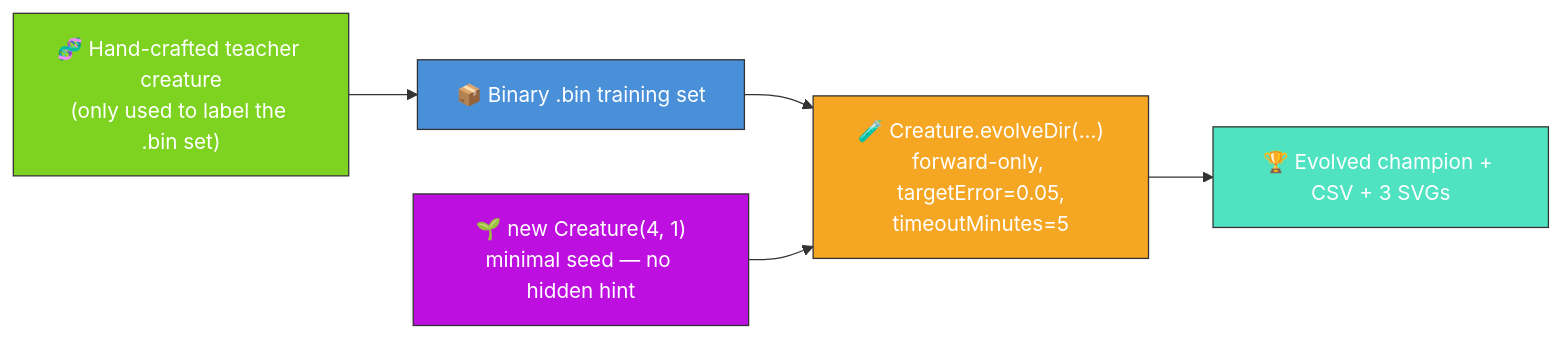
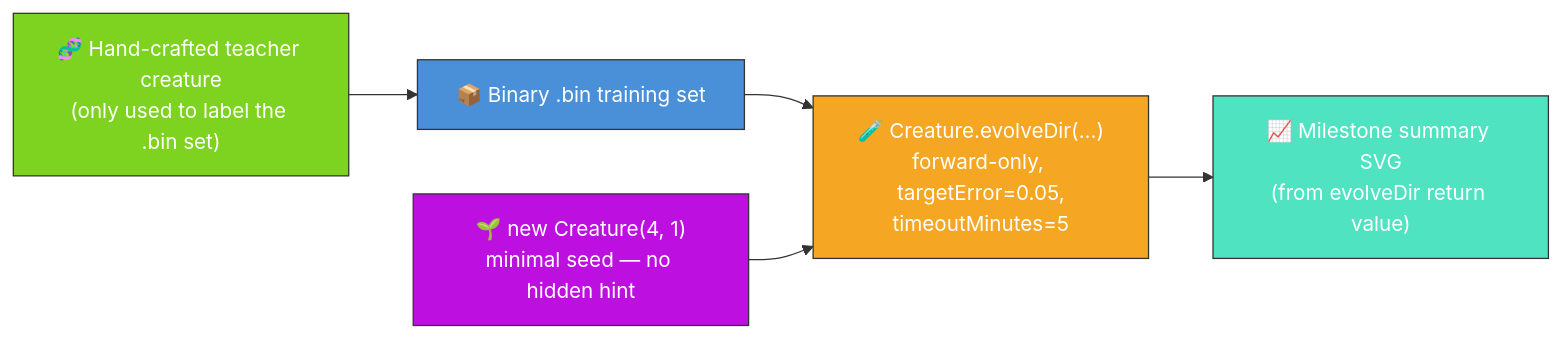
The diagram in evolution_showcase/README.md (stSoftwareAU/NEAT-AI-Examples), drawn with Mermaid before and after one commit. The commit also changed other lines of this file and 32 other files, not shown here.

````diff
--- a/evolution_showcase/README.md
+++ b/evolution_showcase/README.md
@@ -11,17 +15,17 @@
 ```mermaid
 flowchart LR
     REF["🧬 Hand-crafted teacher creature<br/>(only used to label the .bin set)"]
     DATA["📦 Binary .bin training set"]
     SEED["🌱 new Creature(4, 1)<br/>minimal seed — no hidden hint"]
     EVOLVE["🧪 Creature.evolveDir(...)<br/>forward-only, targetError=0.05,<br/>timeoutMinutes=5"]
-    OUT["🏆 Evolved champion + CSV + 3 SVGs"]
+    SUMMARY["📈 Milestone summary SVG<br/>(from evolveDir return value)"]
     REF --> DATA
     DATA --> EVOLVE
     SEED --> EVOLVE
-    EVOLVE --> OUT
+    EVOLVE --> SUMMARY
     style REF fill:#7ed321,stroke:#333,color:#fff
     style DATA fill:#4a90d9,stroke:#333,color:#fff
     style SEED fill:#bd10e0,stroke:#333,color:#fff
     style EVOLVE fill:#f5a623,stroke:#333,color:#fff
-    style OUT fill:#50e3c2,stroke:#333,color:#fff
+    style SUMMARY fill:#50e3c2,stroke:#333,color:#fff
 ```
````
